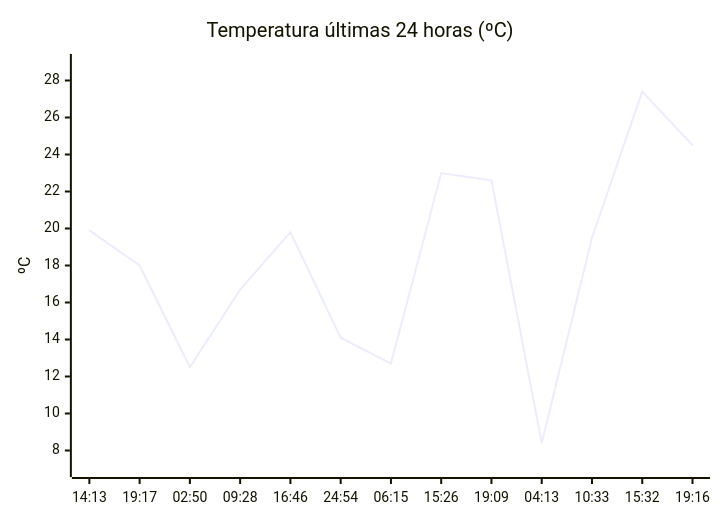
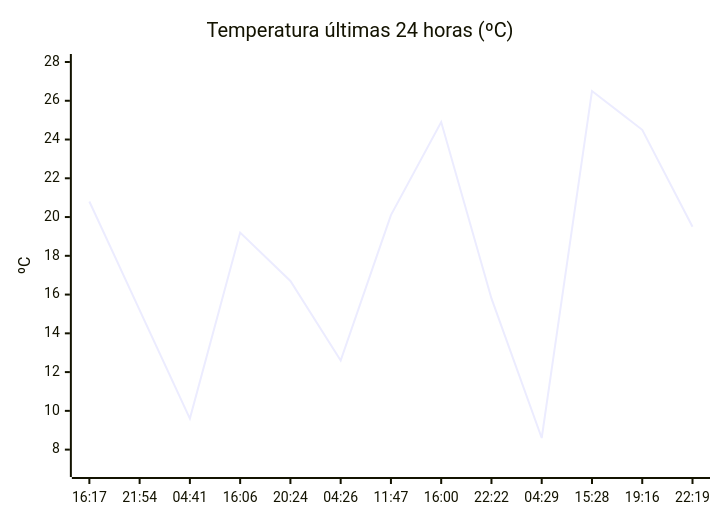
The diagram in README.md (solidsnk86/rem-scrap), drawn with Mermaid before and after one commit. The commit also changed other lines of this file, not shown here.

````diff
--- a/README.md
+++ b/README.md
@@ -36,7 +28,7 @@
 ```mermaid
 xychart-beta
     title "Temperatura últimas 24 horas (ºC)"
-    x-axis ["14:13", "19:17", "02:50", "09:28", "16:46", "24:54", "06:15", "15:26", "19:09", "04:13", "10:33", "15:32", "19:16"]
-    y-axis "ºC" 7 --> 29
-    line [19.9, 18, 12.5, 16.7, 19.8, 14.1, 12.7, 23, 22.6, 8.4, 19.5, 27.4, 24.5]
+    x-axis ["16:17", "21:54", "04:41", "16:06", "20:24", "04:26", "11:47", "16:00", "22:22", "04:29", "15:28", "19:16", "22:19"]
+    y-axis "ºC" 7 --> 28
+    line [20.8, 15.2, 9.6, 19.2, 16.7, 12.6, 20.1, 24.9, 15.8, 8.6, 26.5, 24.5, 19.5]
 ```
````
